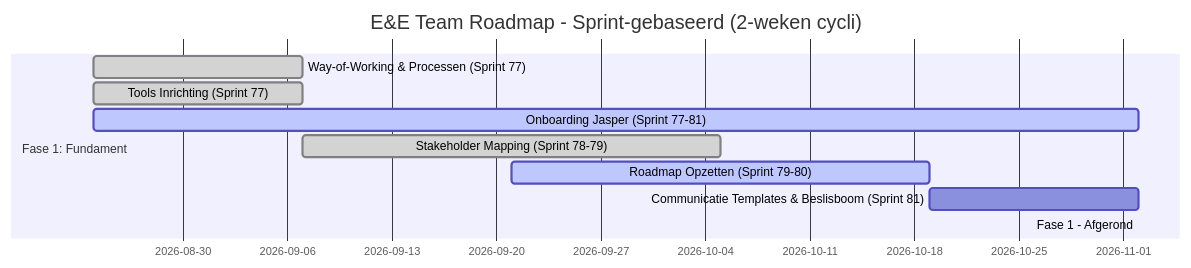
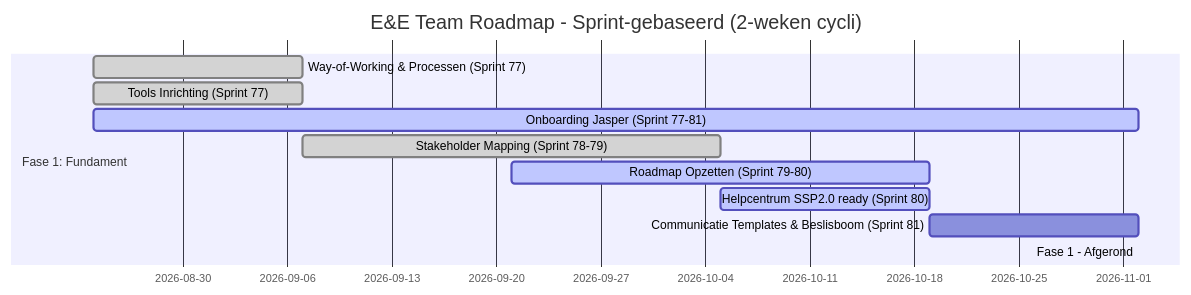
The first of 6 diagrams in ROADMAP.md (hbosscha-personal/enablement-engagement-roadmap), drawn with Mermaid before and after one commit. The commit also changed other lines of this file, not shown here.

````diff
--- a/ROADMAP.md
+++ b/ROADMAP.md
@@ -13,23 +13,24 @@
 ```mermaid
 gantt
     title E&E Team Roadmap - Sprint-gebaseerd (2-weken cycli)
     dateFormat YYYY-MM-DD
     todayMarker stroke-width:3px,stroke:#0f0,opacity:0.5
 
     section Fase 1: Fundament
     Way-of-Working & Processen (Sprint 77)    :done,      p1_wow,    2026-08-24, 2026-09-07
     Tools Inrichting (Sprint 77)              :done,      p1_tools,  2026-08-24, 2026-09-07
     Onboarding Jasper (Sprint 77-81)          :active,    p1_onb,    2026-08-24, 2026-11-02
     Stakeholder Mapping (Sprint 78-79)        :done,      p1_stake,  2026-09-07, 2026-10-05
     Roadmap Opzetten (Sprint 79-80)           :active,    p1_road,   2026-09-21, 2026-10-19
+    Helpcentrum SSP2.0 ready (Sprint 80)      :active,    p1_ssp,    2026-10-05, 2026-10-19
     Communicatie Templates & Beslisboom (Sprint 81)    :p1_comm,   2026-10-19, 2026-11-02
     Fase 1 - Afgerond                         :crit,      p1_gate,   2026-11-02, 2026-11-02
 
     section Fase 2: Efficiëntie
 
     section Fase 3: Enablement
 
     section Fase 4: Engagement
 
     section Fase 5: AI & Automatisering
 ```
````
